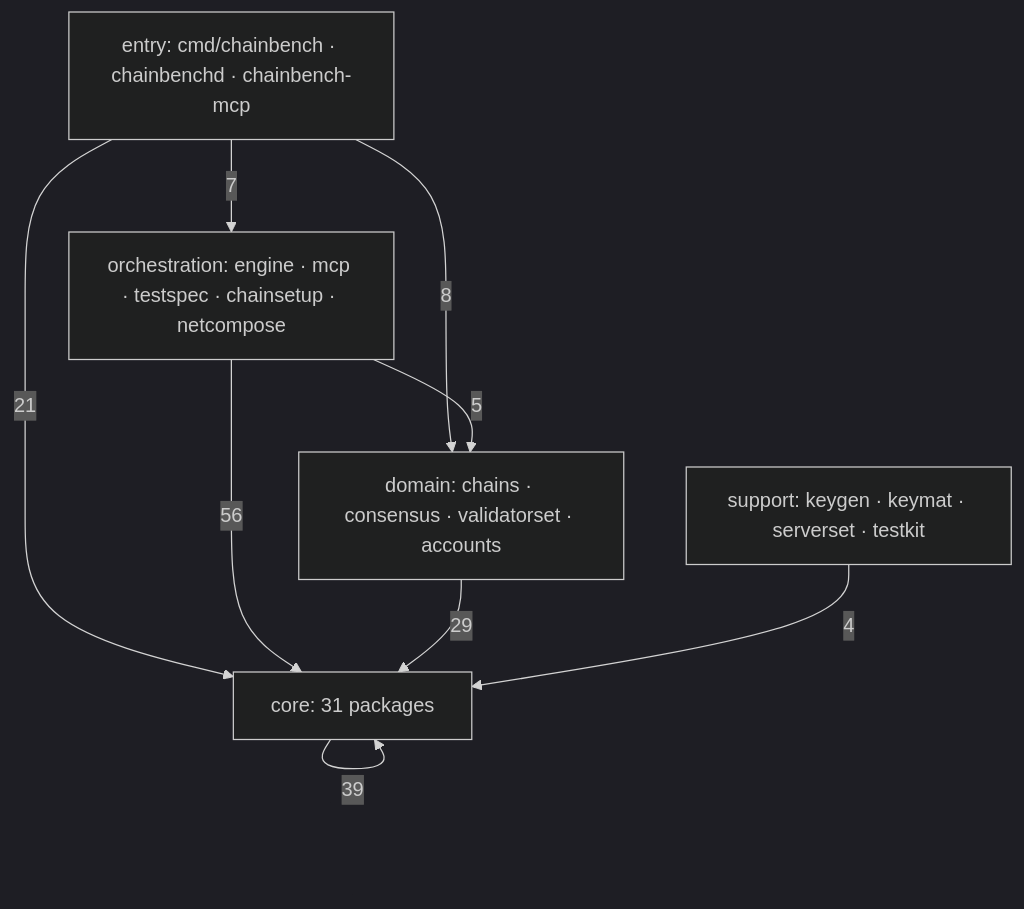
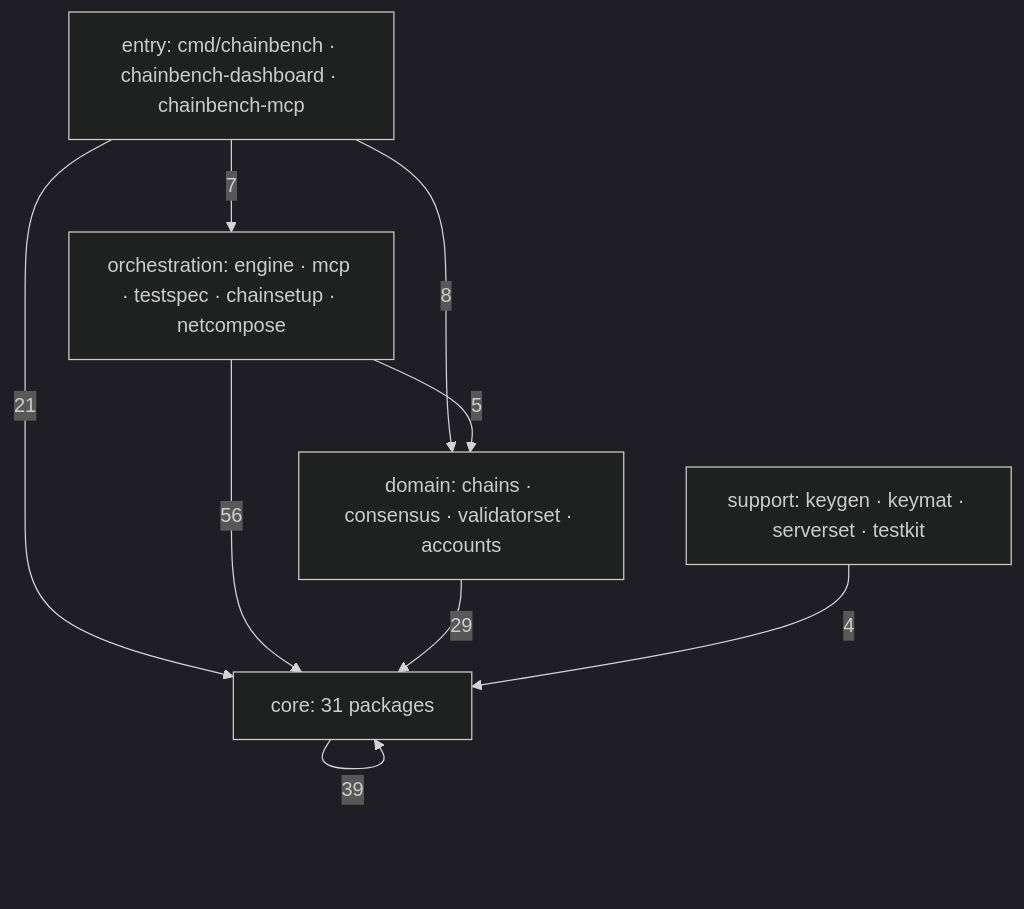
The diagram in docs/dev/architecture/code-graph.md (0xmhha/chainbench), drawn with Mermaid (dark theme) before and after one commit. The commit also changed 18 other files, not shown here.

First line of the commit message:
refactor: rename chainbenchd to chainbench-dashboard (#258)

````diff
--- a/docs/dev/architecture/code-graph.md
+++ b/docs/dev/architecture/code-graph.md
@@ -34,16 +34,16 @@
 ```mermaid
 flowchart TD
-    entry[entry: cmd/chainbench · chainbenchd · chainbench-mcp]
+    entry[entry: cmd/chainbench · chainbench-dashboard · chainbench-mcp]
     orch[orchestration: engine · mcp · testspec · chainsetup · netcompose]
     domain[domain: chains · consensus · validatorset · accounts]
     core[core: 31 packages]
     support[support: keygen · keymat · serverset · testkit]
     entry -->|21| core
     entry -->|8| domain
     entry -->|7| orch
     orch -->|56| core
     orch -->|5| domain
     domain -->|29| core
     core -->|39| core
     support -->|4| core
 ```
````
